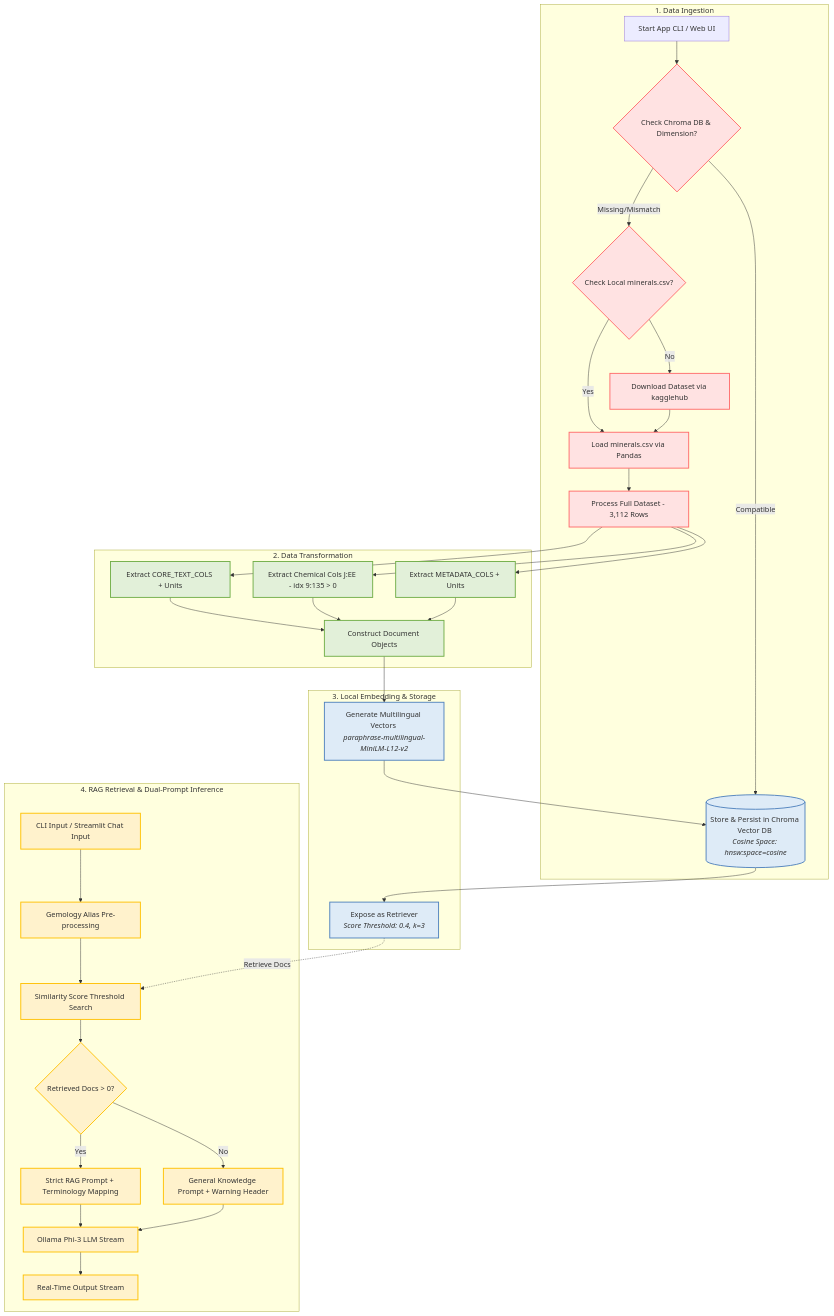
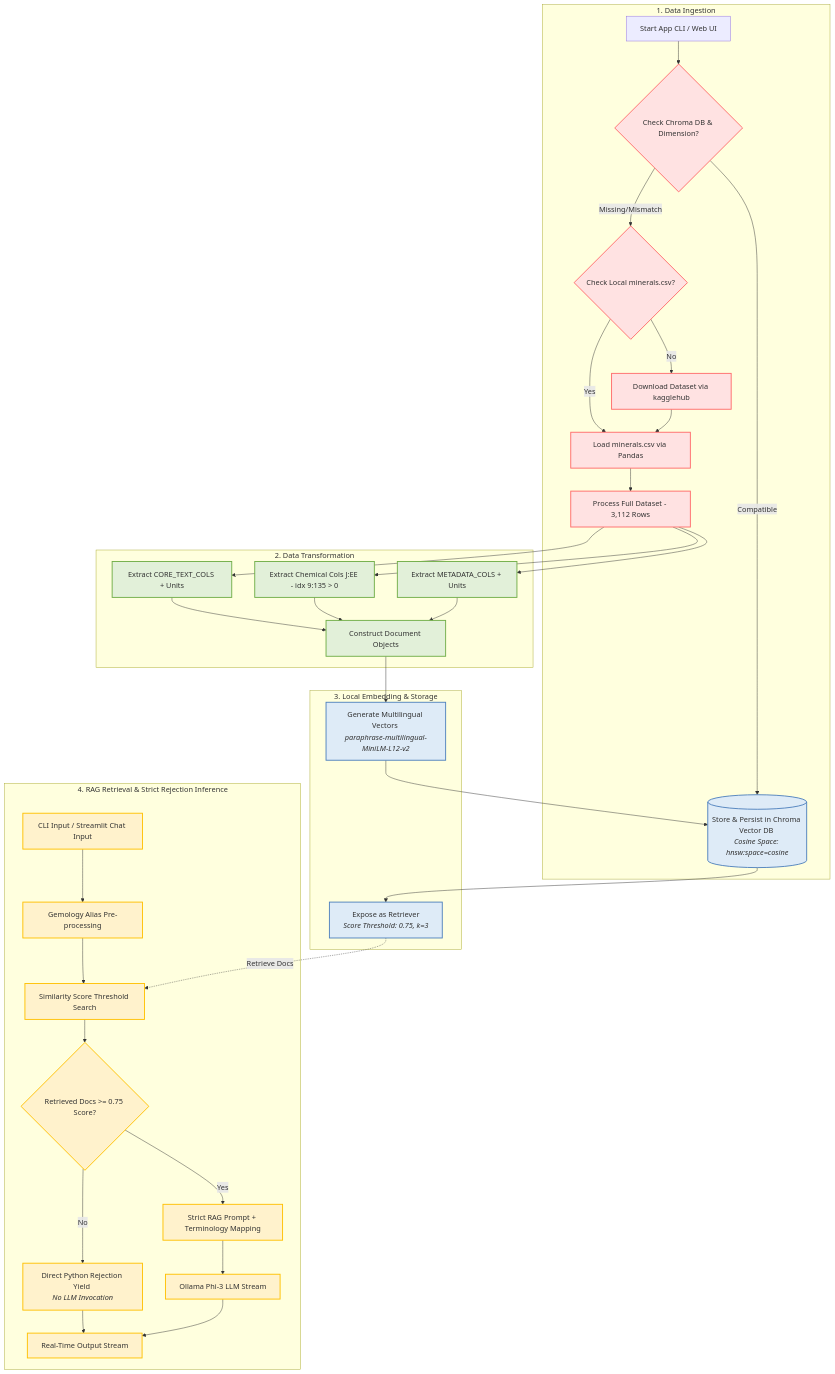
Before and after one commit to laura-chou/mineral-rag: the diagram in README.md, drawn with Mermaid. The commit also changed other lines of this file and 2 other files, not shown here.

Commit message:
Remove general knowledge LLM fallback and enforce hardcoded string rejection on empty retrieval at score_threshold 0.75

````diff
--- a/README.md
+++ b/README.md
@@ -51,53 +51,53 @@
 ```mermaid
 graph TD
     %% System Styles
     classDef Ingestion fill:#FFE2E2,stroke:#FF6B6B,stroke-width:2px;
     classDef Transformation fill:#E2F0D9,stroke:#70AD47,stroke-width:2px;
     classDef Storage fill:#DEEBF7,stroke:#4F81BD,stroke-width:2px;
     classDef Inference fill:#FFF2CC,stroke:#FFC000,stroke-width:2px;
 
     %% Stage 1: Data Ingestion
     subgraph S1 [1. Data Ingestion]
         A[Start App CLI / Web UI] --> B{Check Chroma DB & Dimension?}
         B -- Compatible --> L
         B -- Missing/Mismatch --> C{Check Local minerals.csv?}
         C -- Yes --> D[Load minerals.csv via Pandas]
         C -- No --> E[Download Dataset via kagglehub]
         E --> D
         D --> F[Process Full Dataset - 3,112 Rows]
     end
     class B,C,D,E,F Ingestion;
 
     %% Stage 2: Data Transformation
     subgraph S2 [2. Data Transformation]
         F --> G[Extract CORE_TEXT_COLS + Units]
         F --> H[Extract Chemical Cols J:EE - idx 9:135 > 0]
         F --> I[Extract METADATA_COLS + Units]
         G --> J[Construct Document Objects]
         H --> J
         I --> J
     end
     class G,H,I,J Transformation;
 
     %% Stage 3: Local Embedding & Storage
     subgraph S3 [3. Local Embedding & Storage]
         J --> K[Generate Multilingual Vectors <br><i>paraphrase-multilingual-MiniLM-L12-v2</i>]
         K --> L[(Store & Persist in Chroma Vector DB <br><i>Cosine Space: hnsw:space=cosine</i>)]
-        L --> M[Expose as Retriever <br><i>Score Threshold: 0.4, k=3</i>]
+        L --> M[Expose as Retriever <br><i>Score Threshold: 0.75, k=3</i>]
     end
     class K,L,M Storage;
 
-    %% Stage 4: Conditional Dual-Prompt Inference
-    subgraph S4 [4. RAG Retrieval & Dual-Prompt Inference]
+    %% Stage 4: Strict Score Threshold Inference & Hard Rejection
+    subgraph S4 [4. RAG Retrieval & Strict Rejection Inference]
         N[CLI Input / Streamlit Chat Input] --> O[Gemology Alias Pre-processing]
         O --> P[Similarity Score Threshold Search]
         M -.->|Retrieve Docs| P
-        P --> Q{Retrieved Docs > 0?}
+        P --> Q{Retrieved Docs >= 0.75 Score?}
         Q -- Yes --> R[Strict RAG Prompt + Terminology Mapping]
-        Q -- No --> S[General Knowledge Prompt + Warning Header]
+        Q -- No --> S[Direct Python Rejection Yield <br><i>No LLM Invocation</i>]
         R --> T[Ollama Phi-3 LLM Stream]
-        S --> T
-        T --> U[Real-Time Output Stream]
+        S --> U[Real-Time Output Stream]
+        T --> U
     end
     class N,O,P,Q,R,S,T,U Inference;
 ```
````
